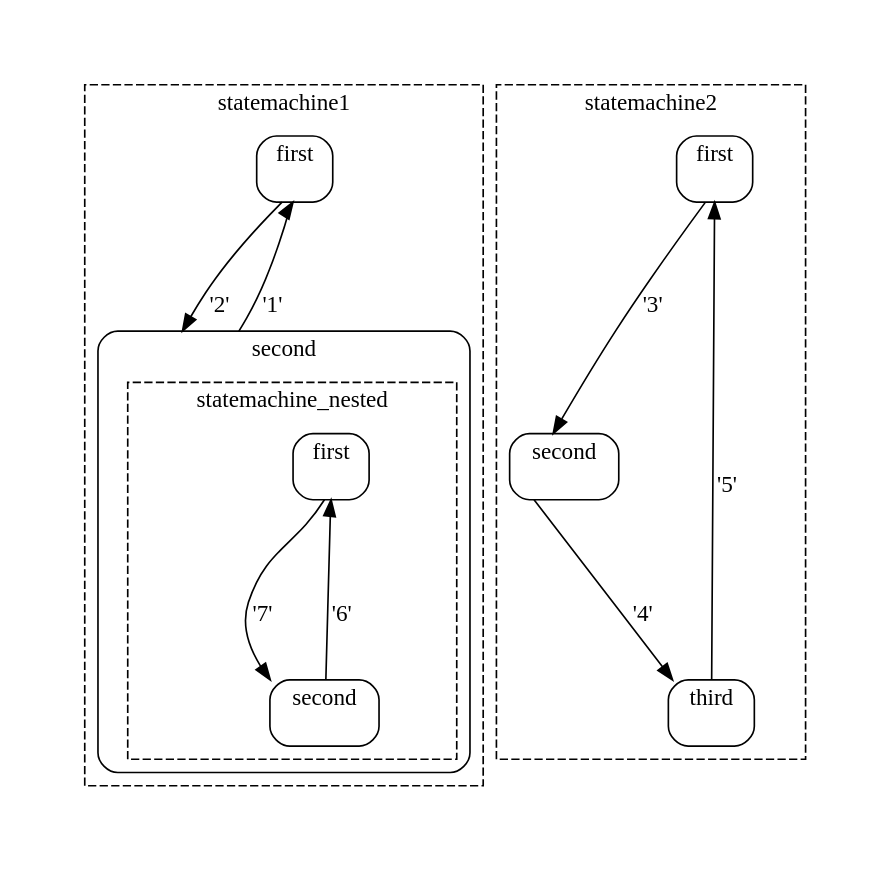
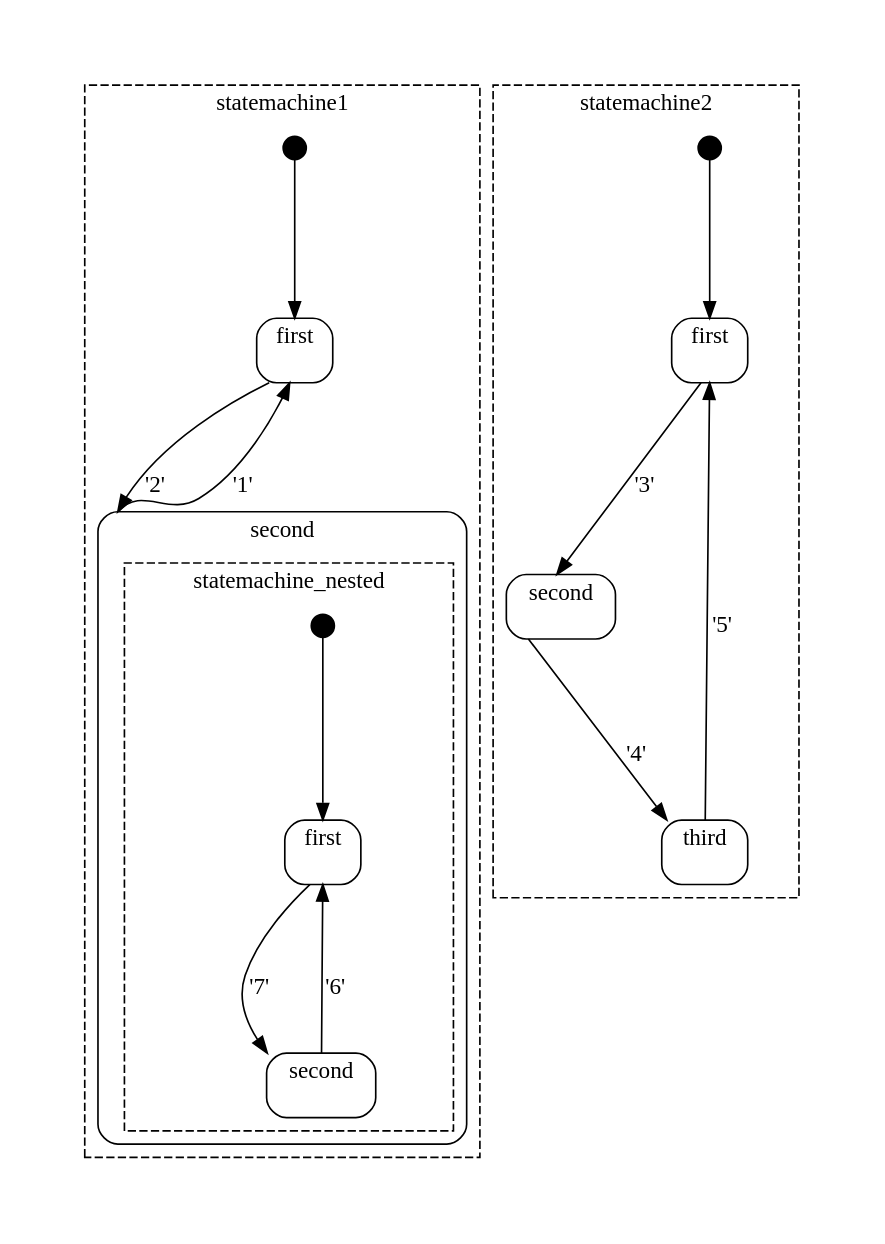
Before and after one commit to dasmuli/cstatecharts: the diagram in test.dot, drawn with Graphviz. The commit also changed 2 other files, not shown here.

Commit message:
Added initial state.

```diff
--- a/test.dot
+++ b/test.dot
@@ -1,57 +1,66 @@
 digraph D {
 compound=true
 graph [pad="0.5", nodesep="1", ranksep="1.75"];subgraph cluster_statemachine1 {
 style = dashed
   label = statemachine1
+node [margin=0 width=0.2 height=0.2 shape=circle style=filled]
+statemachine1_initial [label="" fillcolor=black]
 subgraph cluster_statemachine1_first {
 style = rounded
 label = first
-statemachine1_first_C [ style=invis, shape = plaintext, label="", height=0, width=0 ];
+statemachine1_first_C [ style=invis, shape = point, label="", height=0, width=0 ];
 }
+statemachine1_initial -> statemachine1_first_C [lhead=cluster_statemachine1_first ];
 statemachine1_first_C -> statemachine1_second_C [ltail=cluster_statemachine1_first lhead=cluster_statemachine1_second label="'2'" ];
 subgraph cluster_statemachine1_second {
 style = rounded
 label = second
-statemachine1_second_C [ style=invis, shape = plaintext, label="", height=0, width=0 ];
+statemachine1_second_C [ style=invis, shape = point, label="", height=0, width=0 ];
 subgraph cluster_statemachine_nested {
 style = dashed
   label = statemachine_nested
+node [margin=0 width=0.2 height=0.2 shape=circle style=filled]
+statemachine_nested_initial [label="" fillcolor=black]
 subgraph cluster_statemachine_nested_first {
 style = rounded
 label = first
-statemachine_nested_first_C [ style=invis, shape = plaintext, label="", height=0, width=0 ];
+statemachine_nested_first_C [ style=invis, shape = point, label="", height=0, width=0 ];
 }
+statemachine_nested_initial -> statemachine_nested_first_C [lhead=cluster_statemachine_nested_first ];
 statemachine_nested_first_C -> statemachine_nested_second_C [ltail=cluster_statemachine_nested_first lhead=cluster_statemachine_nested_second label="'7'" ];
 subgraph cluster_statemachine_nested_second {
 style = rounded
 label = second
-statemachine_nested_second_C [ style=invis, shape = plaintext, label="", height=0, width=0 ];
+statemachine_nested_second_C [ style=invis, shape = point, label="", height=0, width=0 ];
 }
 statemachine_nested_second_C -> statemachine_nested_first_C [ltail=cluster_statemachine_nested_second lhead=cluster_statemachine_nested_first label="'6'" ];
 }
 }
 statemachine1_second_C -> statemachine1_first_C [ltail=cluster_statemachine1_second lhead=cluster_statemachine1_first label="'1'" ];
 }
 subgraph cluster_statemachine2 {
 style = dashed
   label = statemachine2
+node [margin=0 width=0.2 height=0.2 shape=circle style=filled]
+statemachine2_initial [label="" fillcolor=black]
 subgraph cluster_statemachine2_first {
 style = rounded
 label = first
-statemachine2_first_C [ style=invis, shape = plaintext, label="", height=0, width=0 ];
+statemachine2_first_C [ style=invis, shape = point, label="", height=0, width=0 ];
 }
+statemachine2_initial -> statemachine2_first_C [lhead=cluster_statemachine2_first ];
 statemachine2_first_C -> statemachine2_second_C [ltail=cluster_statemachine2_first lhead=cluster_statemachine2_second label="'3'" ];
 subgraph cluster_statemachine2_second {
 style = rounded
 label = second
-statemachine2_second_C [ style=invis, shape = plaintext, label="", height=0, width=0 ];
+statemachine2_second_C [ style=invis, shape = point, label="", height=0, width=0 ];
 }
 statemachine2_second_C -> statemachine2_third_C [ltail=cluster_statemachine2_second lhead=cluster_statemachine2_third label="'4'" ];
 subgraph cluster_statemachine2_third {
 style = rounded
 label = third
-statemachine2_third_C [ style=invis, shape = plaintext, label="", height=0, width=0 ];
+statemachine2_third_C [ style=invis, shape = point, label="", height=0, width=0 ];
 }
 statemachine2_third_C -> statemachine2_first_C [ltail=cluster_statemachine2_third lhead=cluster_statemachine2_first label="'5'" ];
 }
 }
```
